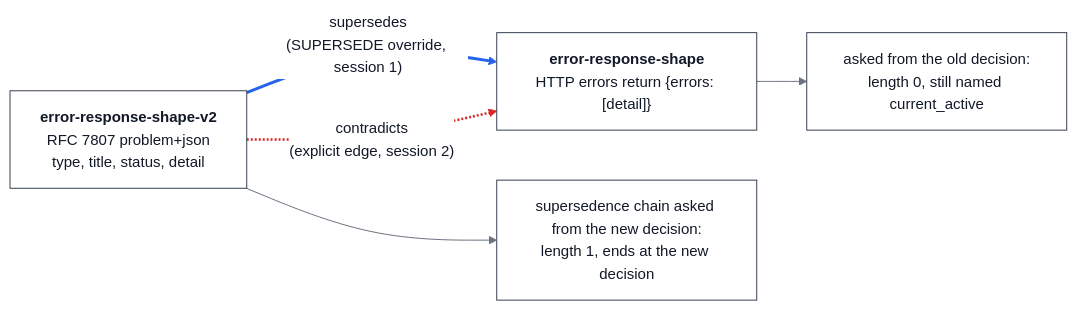
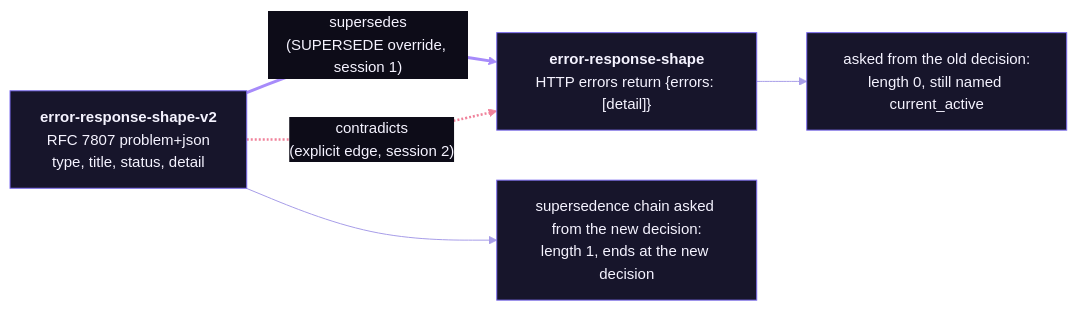
Before and after one commit to Infrasity-Labs/pulse-grafx-decision-memory: the second of 4 diagrams in docs/how-it-works.md, drawn with Mermaid. The commit also changed other lines of this file and 4 other files, not shown here.

First line of the commit message:
Show prompts for the ten steps; recolor architecture diagram and mermaid theme to match the banner

````diff
--- a/docs/how-it-works.md
+++ b/docs/how-it-works.md
@@ -71,12 +71,12 @@
 ```mermaid
-%%{init: {"theme":"base","themeVariables":{"fontFamily":"Helvetica, Arial, sans-serif","fontSize":"15px","primaryColor":"#ffffff","primaryTextColor":"#111827","primaryBorderColor":"#374151","lineColor":"#6b7280","secondaryColor":"#f3f4f6","secondaryTextColor":"#111827","secondaryBorderColor":"#6b7280","tertiaryColor":"#f9fafb","tertiaryTextColor":"#111827","tertiaryBorderColor":"#9ca3af","mainBkg":"#ffffff","nodeBorder":"#374151","nodeTextColor":"#111827","clusterBkg":"#f9fafb","clusterBorder":"#9ca3af","titleColor":"#111827","edgeLabelBackground":"#ffffff","textColor":"#6b7280","noteBkgColor":"#f3f4f6","noteTextColor":"#111827","noteBorderColor":"#6b7280","actorBkg":"#ffffff","actorBorder":"#374151","actorTextColor":"#111827","actorLineColor":"#9ca3af","signalColor":"#6b7280","signalTextColor":"#6b7280","labelBoxBkgColor":"#f3f4f6","labelBoxBorderColor":"#6b7280","labelTextColor":"#111827","loopTextColor":"#6b7280","sequenceNumberColor":"#ffffff","pie1":"#2563eb","pie2":"#6b7280","pie3":"#16a34a","pie4":"#d97706","pie5":"#dc2626","pie6":"#0891b2","pie7":"#4b5563","pie8":"#93c5fd","pie9":"#9ca3af","pieTitleTextSize":"20px","pieTitleTextColor":"#6b7280","pieSectionTextColor":"#ffffff","pieLegendTextColor":"#6b7280","pieStrokeColor":"#ffffff","pieStrokeWidth":"2px","pieOuterStrokeColor":"#d1d5db","pieOuterStrokeWidth":"2px","pieOpacity":"0.95"}}}%%
+%%{init: {"theme":"base","themeVariables":{"fontFamily":"Helvetica, Arial, sans-serif","fontSize":"15px","primaryColor":"#17152b","primaryTextColor":"#f5f3ff","primaryBorderColor":"#7c6cf0","lineColor":"#a79de8","secondaryColor":"#1d1a38","secondaryTextColor":"#f5f3ff","secondaryBorderColor":"#8b7cf6","tertiaryColor":"#100f1e","tertiaryTextColor":"#f5f3ff","tertiaryBorderColor":"#4a4380","mainBkg":"#17152b","nodeBorder":"#7c6cf0","nodeTextColor":"#f5f3ff","clusterBkg":"#100f1e","clusterBorder":"#4a4380","titleColor":"#c4b5fd","edgeLabelBackground":"#0d0c18","textColor":"#b3add9","noteBkgColor":"#1d1a38","noteTextColor":"#f5f3ff","noteBorderColor":"#8b7cf6","actorBkg":"#17152b","actorBorder":"#7c6cf0","actorTextColor":"#f5f3ff","actorLineColor":"#4a4380","signalColor":"#a79de8","signalTextColor":"#b3add9","labelBoxBkgColor":"#1d1a38","labelBoxBorderColor":"#4a4380","labelTextColor":"#f5f3ff","loopTextColor":"#b3add9","sequenceNumberColor":"#0a0b10","pie1":"#8b7cf6","pie2":"#c4b5fd","pie3":"#6d5ae0","pie4":"#a78bfa","pie5":"#5b3fd1","pie6":"#d8ccff","pie7":"#7c6cf0","pie8":"#9b8ce8","pie9":"#4a3aa8","pieTitleTextSize":"20px","pieTitleTextColor":"#b3add9","pieSectionTextColor":"#0a0b10","pieLegendTextColor":"#b3add9","pieStrokeColor":"#0d0c18","pieStrokeWidth":"2px","pieOuterStrokeColor":"#4a4380","pieOuterStrokeWidth":"2px","pieOpacity":"0.95"}}}%%
 flowchart LR
     OLD["<b>error-response-shape</b><br/>HTTP errors return {errors: [detail]}"]
     NEW["<b>error-response-shape-v2</b><br/>RFC 7807 problem+json<br/>type, title, status, detail"]
     NEW -- "supersedes<br/>(SUPERSEDE override, session 1)" --> OLD
     NEW -. "contradicts<br/>(explicit edge, session 2)" .-> OLD
     NEW --> Q1["supersedence chain asked from the new decision:<br/>length 1, ends at the new decision"]
     OLD --> Q2["asked from the old decision:<br/>length 0, still named current_active"]
-    linkStyle 0 stroke:#2563eb,stroke-width:3px
-    linkStyle 1 stroke:#dc2626,stroke-width:2.5px
+    linkStyle 0 stroke:#a78bfa,stroke-width:3px
+    linkStyle 1 stroke:#f0829b,stroke-width:2.5px
 ```
````
